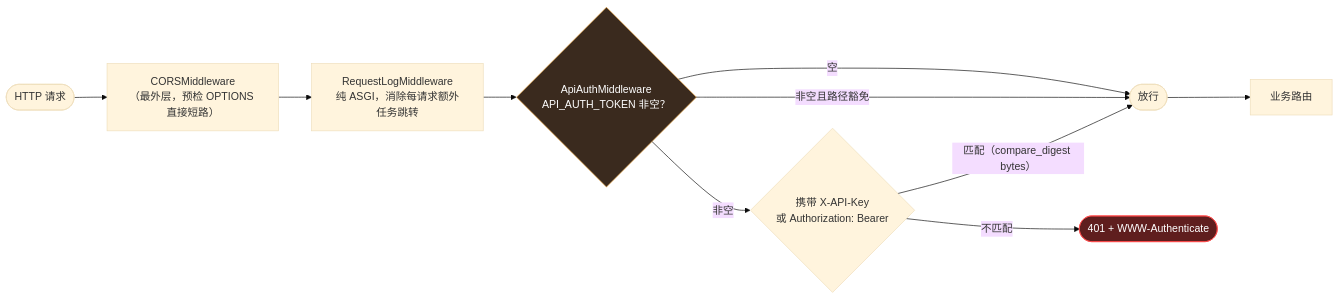
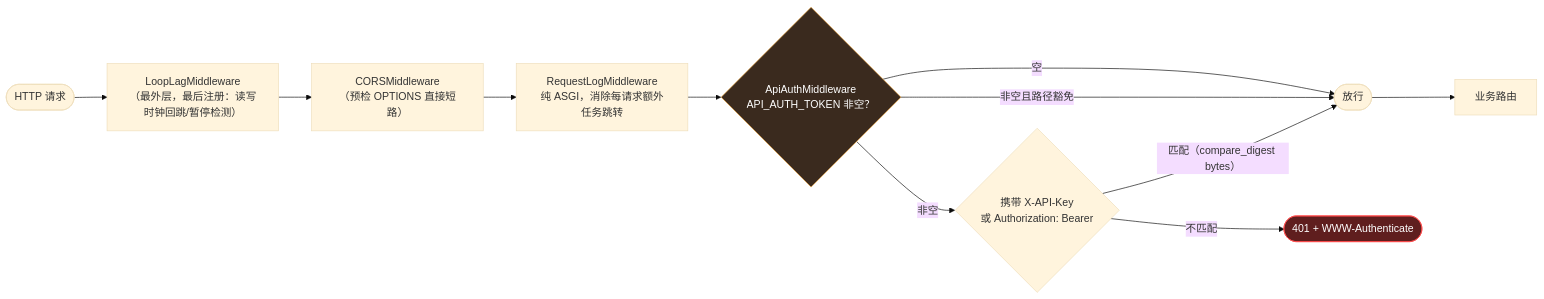
Diagram 27 of 34 in docs/技术架构文档.MD (he-fei-ai/bidforge-jiangong), drawn with Mermaid (base theme) before and after one commit. The commit also changed other lines of this file and 2 other files, not shown here.

First line of the commit message:
docs: 主文档更新至 v5.4，合并 v5.3 图集并对齐 2026-11-09 实测数字

````diff
--- a/docs/技术架构文档.MD
+++ b/docs/技术架构文档.MD
@@ -958,14 +1357,15 @@
 ```mermaid
 flowchart LR
-    REQ(["HTTP 请求"]) --> CORS["CORSMiddleware<br/>（最外层，预检 OPTIONS 直接短路）"]
+    REQ(["HTTP 请求"]) --> LOOP["LoopLagMiddleware<br/>（最外层，最后注册：读写时钟回跳/暂停检测）"]
+    LOOP --> CORS["CORSMiddleware<br/>（预检 OPTIONS 直接短路）"]
     CORS --> LOG["RequestLogMiddleware<br/>纯 ASGI，消除每请求额外任务跳转"]
     LOG --> AUTH{"ApiAuthMiddleware<br/>API_AUTH_TOKEN 非空？"}
     AUTH -->|空| PASS(["放行"])
     AUTH -->|非空且路径豁免| PASS
     AUTH -->|非空| CHK{"携带 X-API-Key<br/>或 Authorization: Bearer"}
     CHK -->|匹配（compare_digest bytes）| PASS
     CHK -->|不匹配| R401(["401 + WWW-Authenticate"])
     PASS --> ROUTE["业务路由"]
     style AUTH fill:#3a2a1e,stroke:#e8a33d,color:#fff
     style R401 fill:#5f1e1e,stroke:#ff4a4a,color:#fff
 ```
````
